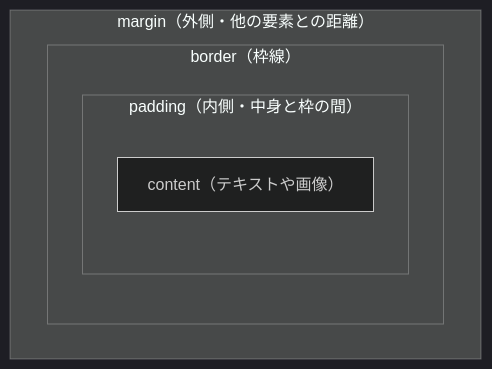
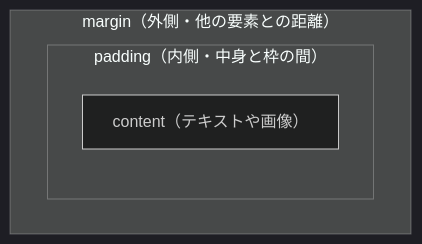
One commit to ozaki25/web-front-training-ozaki25 changed the diagram in docs/lessons/day09/index.md. Above: the diagram before and after it, drawn with Mermaid (dark theme).

Commit message:
ボックスモデル図から border 層を削除してシンプルに
https://claude.ai/code/session_01VBuKGSzVmu6184hRMdwGoV

````diff
--- a/docs/lessons/day09/index.md
+++ b/docs/lessons/day09/index.md
@@ -25,10 +25,8 @@
 ```mermaid
 flowchart TB
   subgraph margin["margin（外側・他の要素との距離）"]
-    subgraph border["border（枠線）"]
-      subgraph padding["padding（内側・中身と枠の間）"]
-        content["content（テキストや画像）"]
-      end
+    subgraph padding["padding（内側・中身と枠の間）"]
+      content["content（テキストや画像）"]
     end
   end
 ```
````
